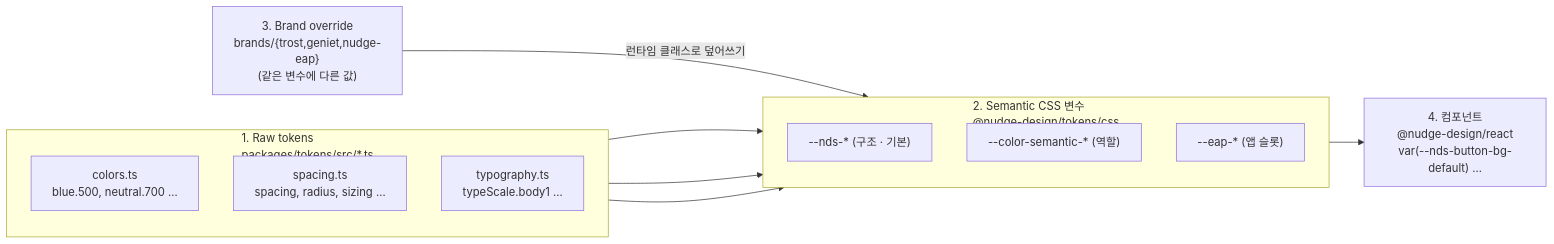
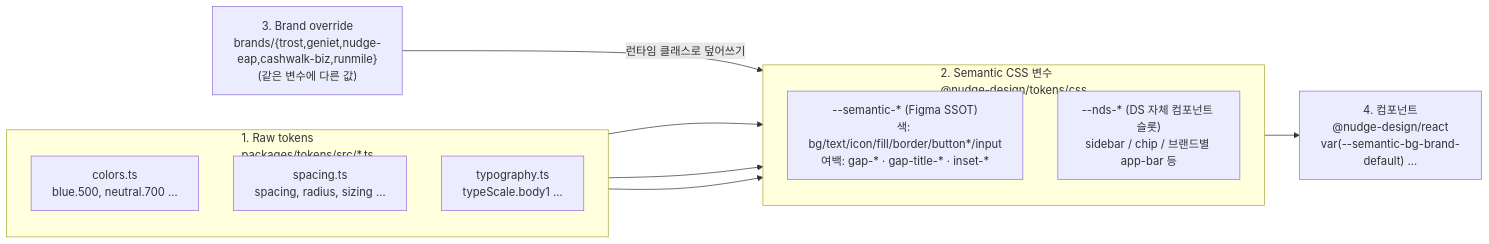
Before and after one commit to ios-nous178/NDS_Project: the third of 4 diagrams in README.md, drawn with Mermaid. The commit also changed 8 other files, not shown here.

````diff
--- a/README.md
+++ b/README.md
@@ -176,26 +176,25 @@
 ```mermaid
 flowchart LR
   subgraph RAW["1. Raw tokens<br/>packages/tokens/src/*.ts"]
     direction TB
     COL["colors.ts<br/>blue.500, neutral.700 …"]
     SPC["spacing.ts<br/>spacing, radius, sizing …"]
     TYP["typography.ts<br/>typeScale.body1 …"]
   end
 
   subgraph SEM["2. Semantic CSS 변수<br/>@nudge-design/tokens/css"]
     direction TB
-    NDS["--nds-* (구조 · 기본)"]
-    CSV["--color-semantic-* (역할)"]
-    EAP["--eap-* (앱 슬롯)"]
+    SMN["--semantic-* (Figma SSOT)<br/>색: bg/text/icon/fill/border/button*/input<br/>여백: gap-* · gap-title-* · inset-*"]
+    NDS["--nds-* (DS 자체 컴포넌트 슬롯)<br/>sidebar / chip / 브랜드별 app-bar 등"]
   end
 
-  BR["3. Brand override<br/>brands/{trost,geniet,nudge-eap}<br/>(같은 변수에 다른 값)"]
+  BR["3. Brand override<br/>brands/{trost,geniet,nudge-eap,cashwalk-biz,runmile}<br/>(같은 변수에 다른 값)"]
 
-  CMP["4. 컴포넌트<br/>@nudge-design/react<br/>var(--nds-button-bg-default) …"]
+  CMP["4. 컴포넌트<br/>@nudge-design/react<br/>var(--semantic-bg-brand-default) …"]
 
   COL --> SEM
   SPC --> SEM
   TYP --> SEM
   BR -->|런타임 클래스로 덮어쓰기| SEM
   SEM --> CMP
 ```
````
